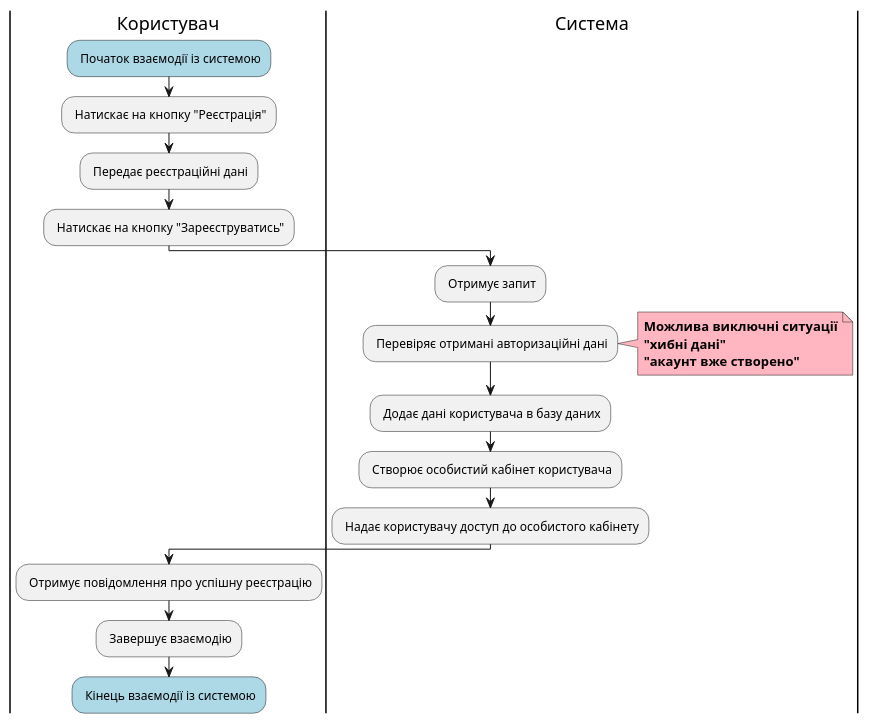
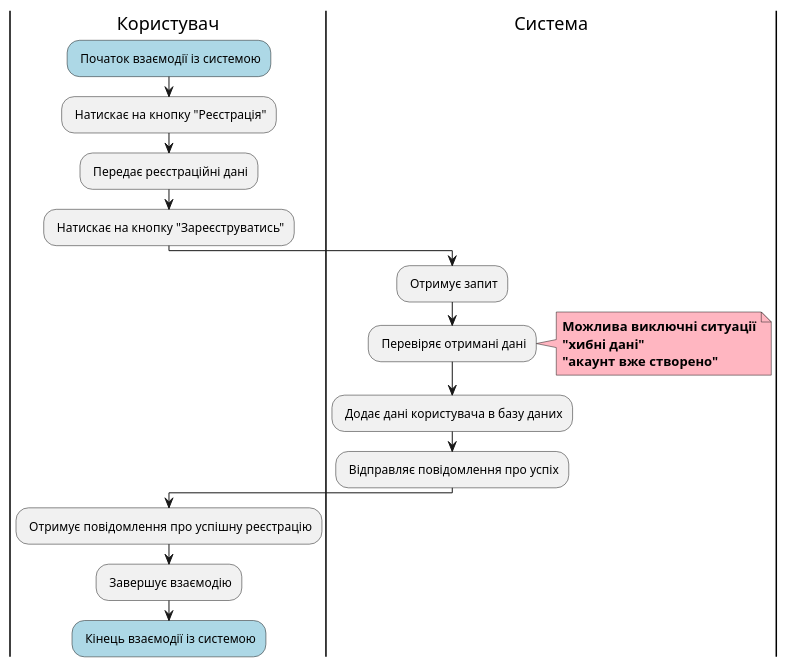
One commit to kujo205/db_labs changed the fifth of 12 diagrams in docs/use cases/README.md. Above: the diagram before and after it, drawn with PlantUML. The commit also changed other lines of this file, not shown here.

```diff
--- a/docs/use cases/README.md
+++ b/docs/use cases/README.md
@@ -163,26 +163,25 @@
 @startuml
 
   |Користувач|
   #lightblue : Початок взаємодії із системою; 
   : Натискає на кнопку "Реєстрація";
   : Передає реєстраційні дані;
   : Натискає на кнопку "Зареєструватись";
 
   |Система|
   : Отримує запит;
-  : Перевіряє отримані авторизаційні дані;
+  : Перевіряє отримані дані;
     note right #lightpink
       <b>Можлива виключні ситуації</b>
       <b>"хибні дані"</b>
       <b>"акаунт вже створено"</b>
     end note
   : Додає дані користувача в базу даних;
-  : Створює особистий кабінет користувача;
-  : Надає користувачу доступ до особистого кабінету;
+  : Відправляє повідомлення про успіх;
 
   |Користувач|
   : Отримує повідомлення про успішну реєстрацію;
   : Завершує взаємодію;
   #lightblue : Кінець взаємодії із системою;
 
 @enduml
```
